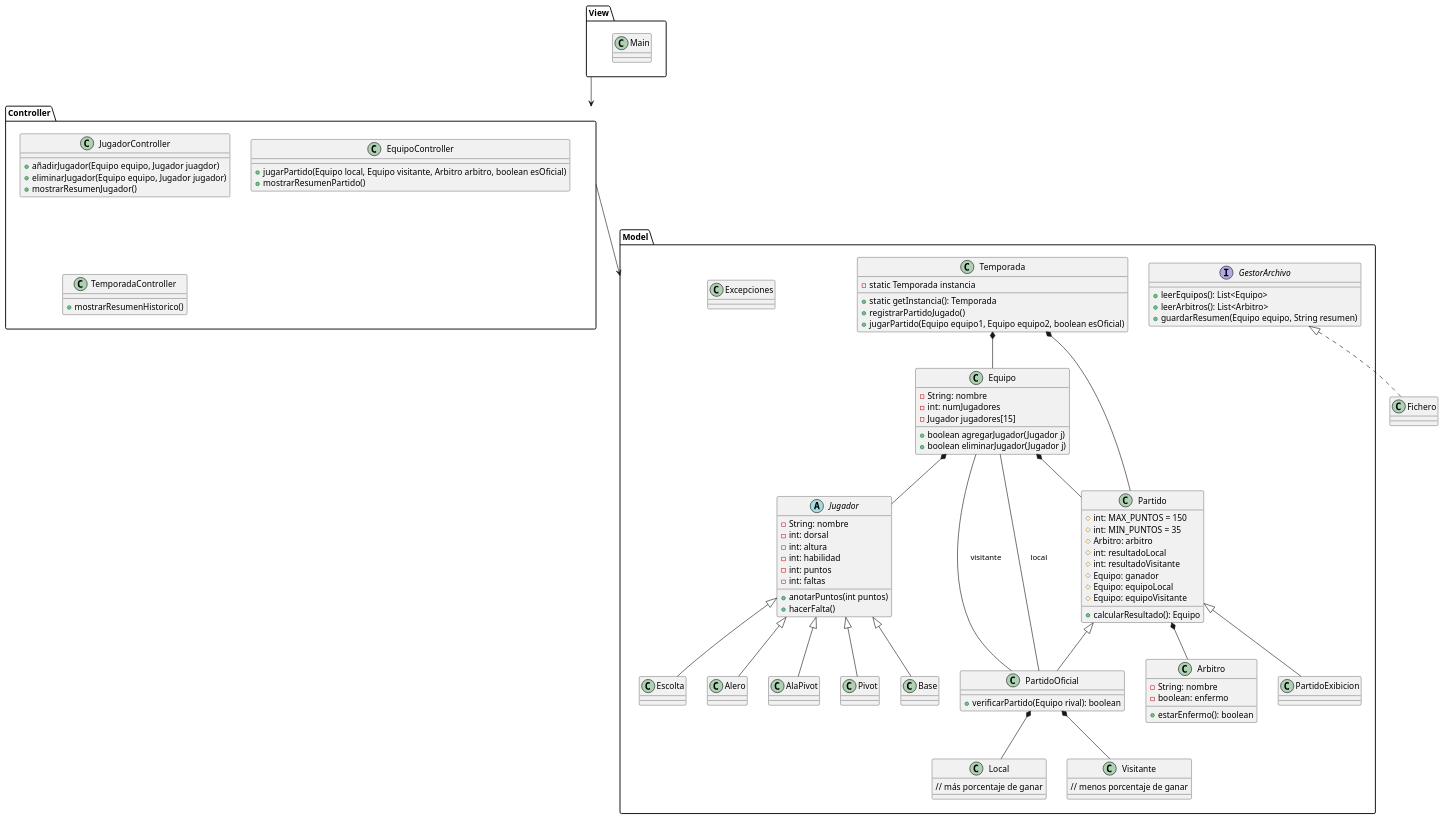
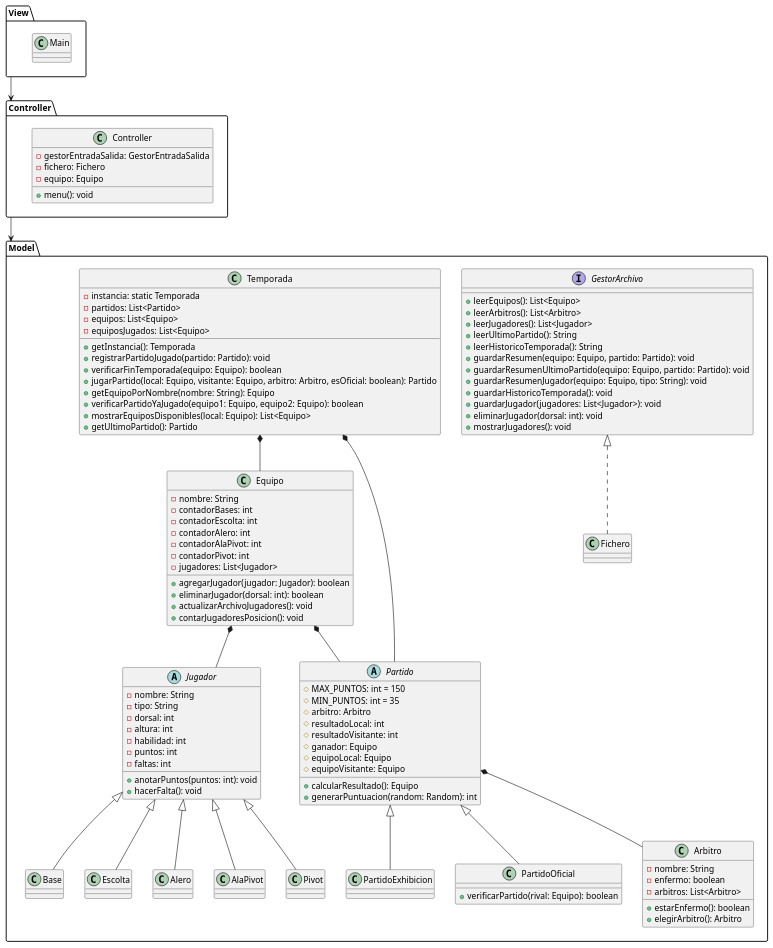
Before and after one commit to Jorgge22/Practica_3Evaluacion: the diagram in practica/disenyo/disenyo.pu, drawn with PlantUML. The commit also changed 54 other files, not shown here.

```diff
--- a/practica/disenyo/disenyo.pu
+++ b/practica/disenyo/disenyo.pu
@@ -1,136 +1,128 @@
 @startuml basket
 top to bottom direction
 
-package Model{
+package Model {
     class Equipo {
-        -String: nombre
-        -int: numJugadores
-        -Jugador jugadores[15]
-        +boolean agregarJugador(Jugador j)
-        +boolean eliminarJugador(Jugador j)
+        -nombre: String
+        -contadorBases: int
+        -contadorEscolta: int
+        -contadorAlero: int
+        -contadorAlaPivot: int
+        -contadorPivot: int
+        -jugadores: List<Jugador>
+        +agregarJugador(jugador: Jugador): boolean
+        +eliminarJugador(dorsal: int): boolean
+        +actualizarArchivoJugadores(): void
+        +contarJugadoresPosicion(): void
     }
 
     abstract class Jugador {
-        -String: nombre
-        -int: dorsal
-        -int: altura
-        -int: habilidad
-        -int: puntos
-        -int: faltas
-        +anotarPuntos(int puntos)
-        +hacerFalta()
+        -nombre: String
+        -tipo: String
+        -dorsal: int
+        -altura: int
+        -habilidad: int
+        -puntos: int
+        -faltas: int
+        +anotarPuntos(puntos: int): void
+        +hacerFalta(): void
     }
 
-    class Base {
+    class Base
+    class Escolta
+    class Alero
+    class AlaPivot
+    class Pivot
+
+    abstract class Partido {
+        #MAX_PUNTOS: int = 150
+        #MIN_PUNTOS: int = 35
+        #arbitro: Arbitro
+        #resultadoLocal: int
+        #resultadoVisitante: int
+        #ganador: Equipo
+        #equipoLocal: Equipo
+        #equipoVisitante: Equipo
+        +calcularResultado(): Equipo
+        +generarPuntuacion(random: Random): int
     }
 
-    class Escolta {
-    }
-
-    class Alero {
-    }
-
-    class AlaPivot {
-    }
-
-    class Pivot {
-    }
-
-    class Partido {
-        #int: MAX_PUNTOS = 150
-        #int: MIN_PUNTOS = 35
-        #Arbitro: arbitro
-        #int: resultadoLocal
-        #int: resultadoVisitante
-        #Equipo: ganador
-        #Equipo: equipoLocal
-        #Equipo: equipoVisitante
-        +calcularResultado(): Equipo
-    }
-
-    class PartidoExibicion {
-    }
-
+    class PartidoExhibicion
     class PartidoOficial {
-        +verificarPartido(Equipo rival): boolean
-    }
-
-    class Local {
-        // más porcentaje de ganar
-    }
-
-    class Visitante {
-        // menos porcentaje de ganar
+        +verificarPartido(rival: Equipo): boolean
     }
 
     class Arbitro {
-        -String: nombre
-        -boolean: enfermo
+        -nombre: String
+        -enfermo: boolean
+        -arbitros: List<Arbitro>
         +estarEnfermo(): boolean
+        +elegirArbitro(): Arbitro
     }
 
     interface GestorArchivo {
         +leerEquipos(): List<Equipo>
         +leerArbitros(): List<Arbitro>
-        +guardarResumen(Equipo equipo, String resumen)
+        +leerJugadores(): List<Jugador>
+        +leerUltimoPartido(): String
+        +leerHistoricoTemporada(): String
+        +guardarResumen(equipo: Equipo, partido: Partido): void
+        +guardarResumenUltimoPartido(equipo: Equipo, partido: Partido): void
+        +guardarResumenJugador(equipo: Equipo, tipo: String): void
+        +guardarHistoricoTemporada(): void
+        +guardarJugador(jugadores: List<Jugador>): void
+        +eliminarJugador(dorsal: int): void
+        +mostrarJugadores(): void
     }
 
+    class Fichero
+
     class Temporada {
-        -static Temporada instancia
-        +static getInstancia(): Temporada
-        +registrarPartidoJugado()
-        +jugarPartido(Equipo equipo1, Equipo equipo2, boolean esOficial)
-    }
-
-    class Excepciones{
+        -instancia: static Temporada
+        -partidos: List<Partido>
+        -equipos: List<Equipo>
+        -equiposJugados: List<Equipo>
+        +getInstancia(): Temporada
+        +registrarPartidoJugado(partido: Partido): void
+        +verificarFinTemporada(equipo: Equipo): boolean
+        +jugarPartido(local: Equipo, visitante: Equipo, arbitro: Arbitro, esOficial: boolean): Partido
+        +getEquipoPorNombre(nombre: String): Equipo
+        +verificarPartidoYaJugado(equipo1: Equipo, equipo2: Equipo): boolean
+        +mostrarEquiposDisponibles(local: Equipo): List<Equipo>
+        +getUltimoPartido(): Partido
     }
 }
 
-package View{
-    class Main{}
+package View {
+    class Main
 }
 
-package Controller{
-    class JugadorController{
-        +añadirJugador(Equipo equipo, Jugador juagdor)
-        +eliminarJugador(Equipo equipo, Jugador jugador)
-        +mostrarResumenJugador()
-    }
-
-    class EquipoController{
-        +jugarPartido(Equipo local, Equipo visitante, Arbitro arbitro, boolean esOficial)
-        +mostrarResumenPartido()
-    }
-
-    class TemporadaController{
-        +mostrarResumenHistorico()
+package Controller {
+    class Controller {
+        -gestorEntradaSalida: GestorEntradaSalida
+        -fichero: Fichero
+        -equipo: Equipo
+        +menu(): void
     }
 }
 
 Temporada *-- Partido
 Temporada *-- Equipo
-
 Equipo *-- Jugador
 Equipo *-- Partido
 
 Jugador <|-- Base
 Jugador <|-- Escolta
 Jugador <|-- Alero
 Jugador <|-- AlaPivot
 Jugador <|-- Pivot
 
 Partido *-- Arbitro
 Partido <|-- PartidoOficial
-Partido <|-- PartidoExibicion
-
-PartidoOficial *-- Local
-PartidoOficial *-- Visitante
-PartidoOficial -- Equipo : local
-PartidoOficial -- Equipo : visitante
+Partido <|-- PartidoExhibicion
 
 GestorArchivo <|.. Fichero
 
 View --> Controller
 Controller --> Model
-
 @enduml
```
